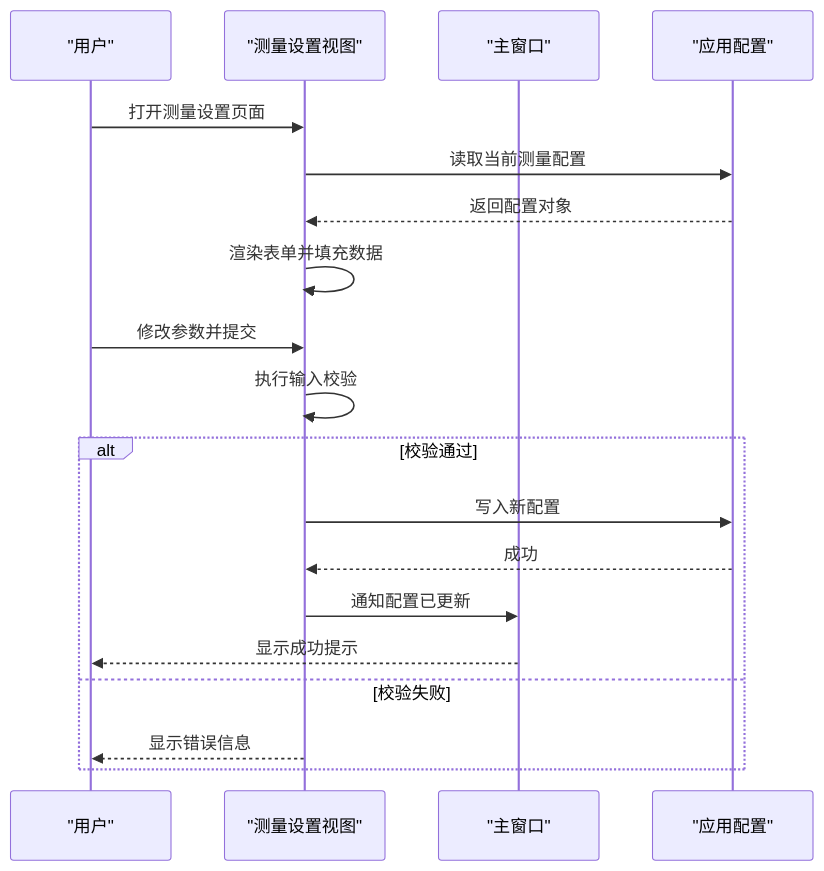
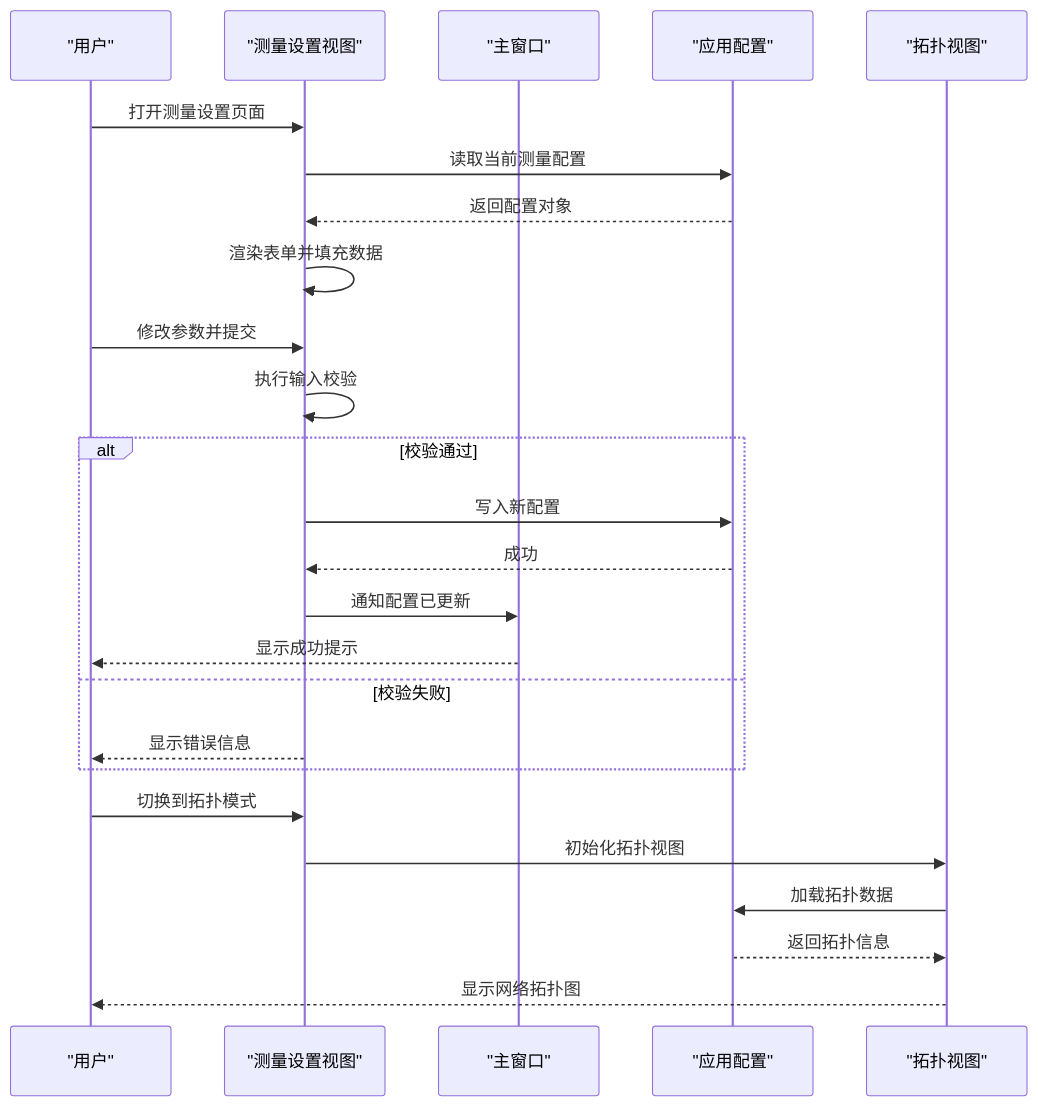
The third of 5 diagrams in .qoder/repowiki/zh/content/架构设计/UI系统设计/测量设置视图组件.md (jakecai1225-design/OpenBus), drawn with Mermaid before and after one commit. The commit also changed other lines of this file and 26 other files, not shown here.

````diff
--- a/.qoder/repowiki/zh/content/架构设计/UI系统设计/测量设置视图组件.md
+++ b/.qoder/repowiki/zh/content/架构设计/UI系统设计/测量设置视图组件.md
@@ -119,21 +149,27 @@
 ```mermaid
 sequenceDiagram
 participant User as "用户"
 participant View as "测量设置视图"
 participant MainWin as "主窗口"
 participant Config as "应用配置"
+participant Topo as "拓扑视图"
 User->>View : 打开测量设置页面
 View->>Config : 读取当前测量配置
 Config-->>View : 返回配置对象
 View->>View : 渲染表单并填充数据
 User->>View : 修改参数并提交
 View->>View : 执行输入校验
 alt 校验通过
 View->>Config : 写入新配置
 Config-->>View : 成功
 View->>MainWin : 通知配置已更新
 MainWin-->>User : 显示成功提示
 else 校验失败
 View-->>User : 显示错误信息
 end
+User->>View : 切换到拓扑模式
+View->>Topo : 初始化拓扑视图
+Topo->>Config : 加载拓扑数据
+Config-->>Topo : 返回拓扑信息
+Topo-->>User : 显示网络拓扑图
 ```
````
